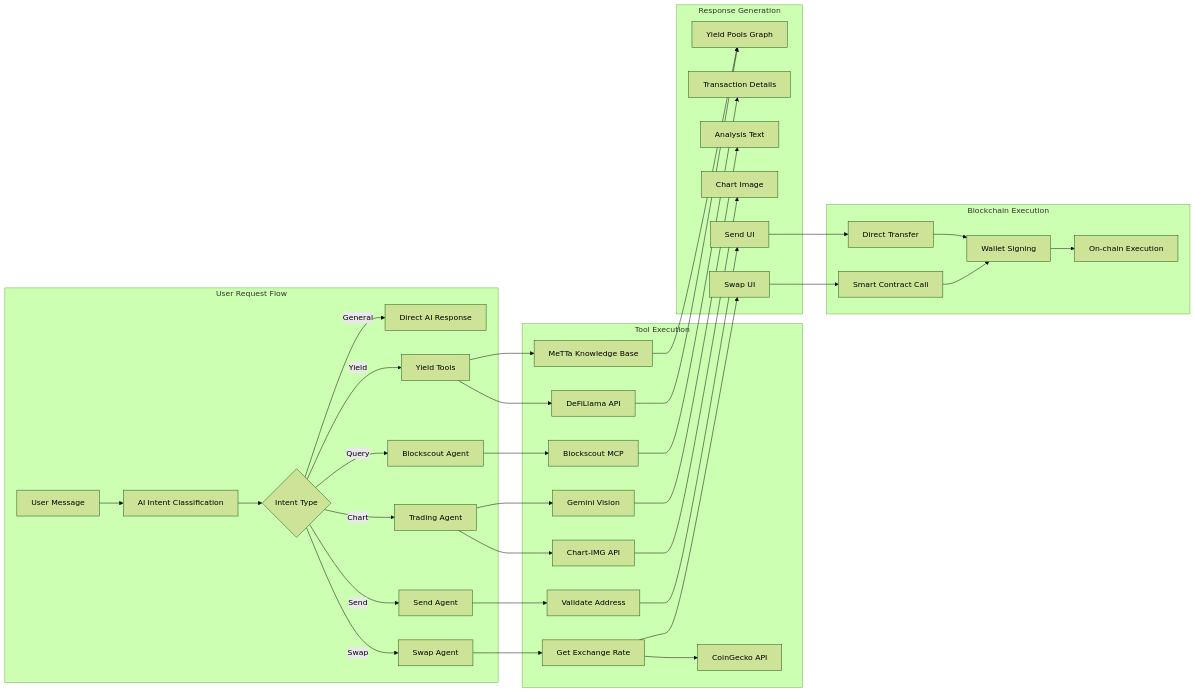
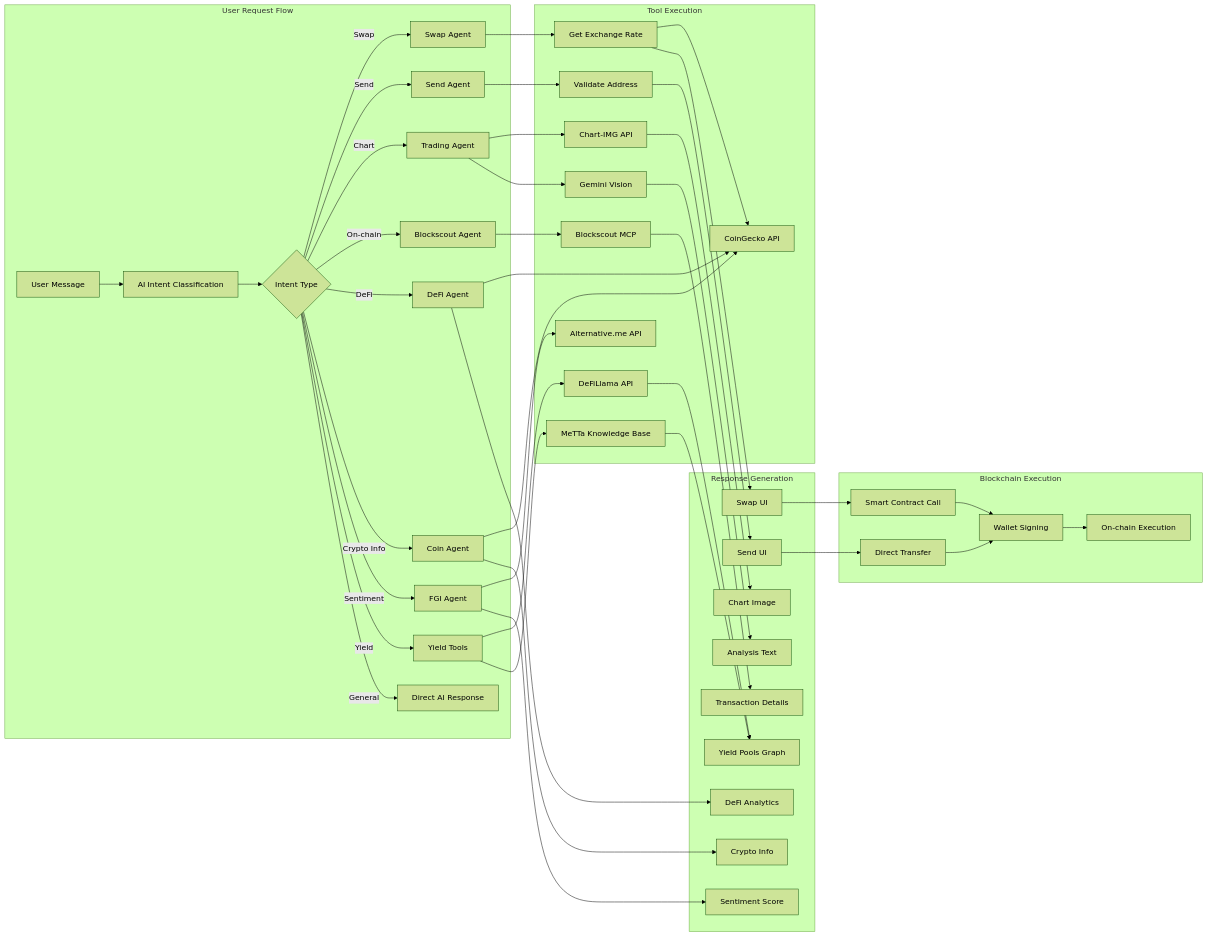
One commit to ManishHQ/superio.ai changed the third of 6 diagrams in ARCHITECTURE.md. Above: the diagram before and after it, drawn with Mermaid (forest theme). The commit also changed other lines of this file, not shown here.

Commit message:
Update architecture diagram with all 8 agents and rename to generic swap contract

````diff
--- a/ARCHITECTURE.md
+++ b/ARCHITECTURE.md
@@ -220,42 +288,51 @@
 ```mermaid
 graph LR
     subgraph "User Request Flow"
         A[User Message] --> B[AI Intent Classification]
         B --> C{Intent Type}
         C -->|Swap| D[Swap Agent]
         C -->|Send| E[Send Agent]
         C -->|Chart| F[Trading Agent]
-        C -->|Query| G[Blockscout Agent]
+        C -->|On-chain| G[Blockscout Agent]
+        C -->|DeFi| H1[DeFi Agent]
+        C -->|Crypto Info| H2[Coin Agent]
+        C -->|Sentiment| H3[FGI Agent]
         C -->|Yield| H[Yield Tools]
         C -->|General| I[Direct AI Response]
     end
 
     subgraph "Tool Execution"
         D --> J[Get Exchange Rate]
         J --> K[CoinGecko API]
         E --> L[Validate Address]
         F --> M[Chart-IMG API]
         F --> N[Gemini Vision]
         G --> O[Blockscout MCP]
+        H1 --> K
+        H2 --> K
+        H3 --> AA1[Alternative.me API]
         H --> P[DeFiLlama API]
         H --> Q[MeTTa Knowledge Base]
     end
 
     subgraph "Response Generation"
         J --> R[Swap UI]
         L --> S[Send UI]
         M --> T[Chart Image]
         N --> U[Analysis Text]
         O --> V[Transaction Details]
+        H1 --> BB1[DeFi Analytics]
+        H2 --> BB2[Crypto Info]
+        H3 --> BB3[Sentiment Score]
         P --> W[Yield Pools Graph]
         Q --> W
     end
 
     subgraph "Blockchain Execution"
         R --> X[Smart Contract Call]
         S --> Y[Direct Transfer]
         X --> Z[Wallet Signing]
         Y --> Z
         Z --> AA[On-chain Execution]
     end
 ```
````
